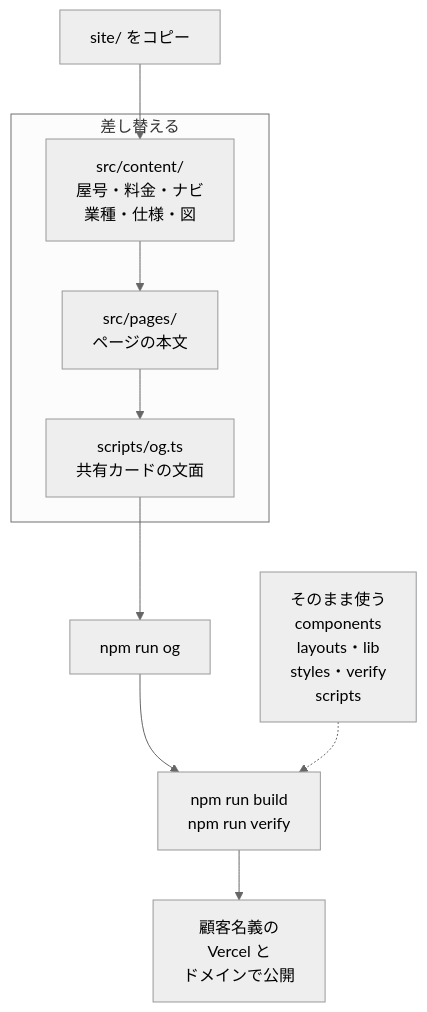
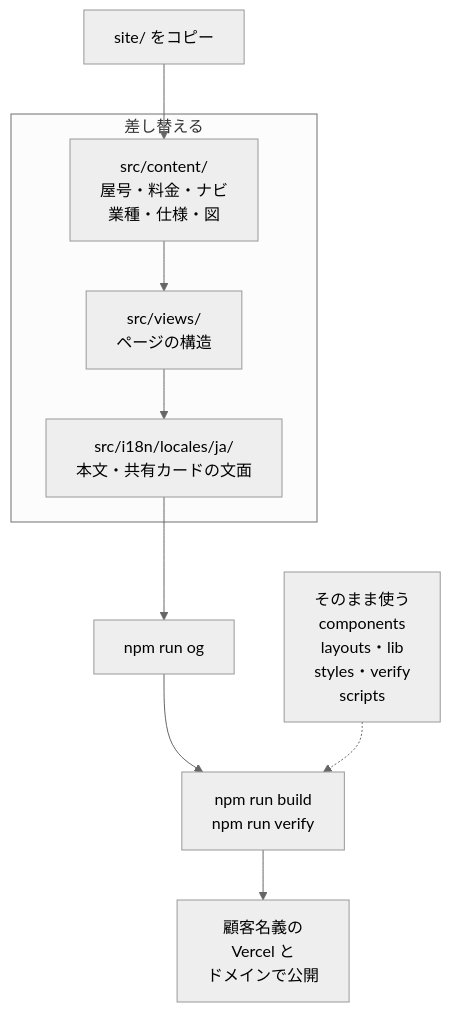
The seventh of 8 diagrams in README.md (bright-broom/tsumugi), drawn with Mermaid (neutral theme) before and after one commit. The commit also changed other lines of this file and 114 other files, not shown here.

````diff
--- a/README.md
+++ b/README.md
@@ -226,18 +226,18 @@
 ```mermaid
 flowchart TD
   copy["site/ をコピー"] --> s1
 
   subgraph swap["差し替える"]
     s1["src/content/<br/>屋号・料金・ナビ<br/>業種・仕様・図"]
-    s2["src/pages/<br/>ページの本文"]
-    s3["scripts/og.ts<br/>共有カードの文面"]
+    s2["src/views/<br/>ページの構造"]
+    s3["src/i18n/locales/ja/<br/>本文・共有カードの文面"]
     s1 --> s2 --> s3
   end
 
   keep["そのまま使う<br/>components<br/>layouts・lib<br/>styles・verify<br/>scripts"]
 
   s3 --> og["npm run og"]
   og --> gate["npm run build<br/>npm run verify"]
   keep -.-> gate
   gate --> ship["顧客名義の<br/>Vercel と<br/>ドメインで公開"]
 ```
````
